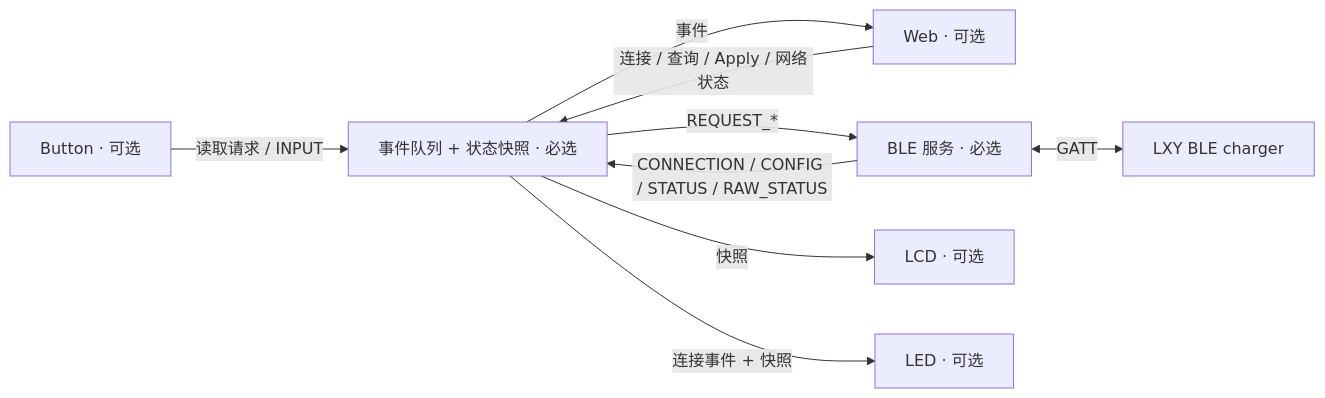
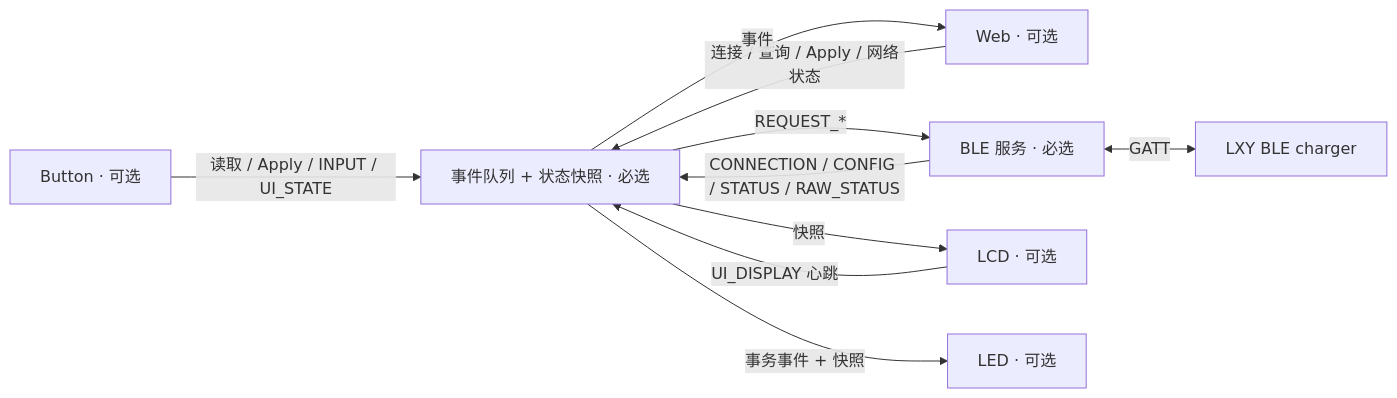
One commit to chinawrj/esphome-lxy-charger changed the diagram in docs/architecture.md. Above: the diagram before and after it, drawn with Mermaid. The commit also changed other lines of this file and 42 other files, not shown here.

````diff
--- a/docs/architecture.md
+++ b/docs/architecture.md
@@ -5,11 +5,12 @@
 ```mermaid
 flowchart LR
-    Button["Button · 可选"] -->|读取请求 / INPUT| Bus["事件队列 + 状态快照 · 必选"]
+    Button["Button · 可选"] -->|读取 / Apply / INPUT / UI_STATE| Bus["事件队列 + 状态快照 · 必选"]
     Web["Web · 可选"] -->|连接 / 查询 / Apply / 网络状态| Bus
     Bus -->|REQUEST_*| BLE["BLE 服务 · 必选"]
     BLE -->|CONNECTION / CONFIG / STATUS / RAW_STATUS| Bus
     BLE <-->|GATT| Charger["LXY BLE charger"]
     Bus -->|事件| Web
     Bus -->|快照| LCD["LCD · 可选"]
-    Bus -->|连接事件 + 快照| LED["LED · 可选"]
+    LCD -->|UI_DISPLAY 心跳| Bus
+    Bus -->|事务事件 + 快照| LED["LED · 可选"]
 ```
````
